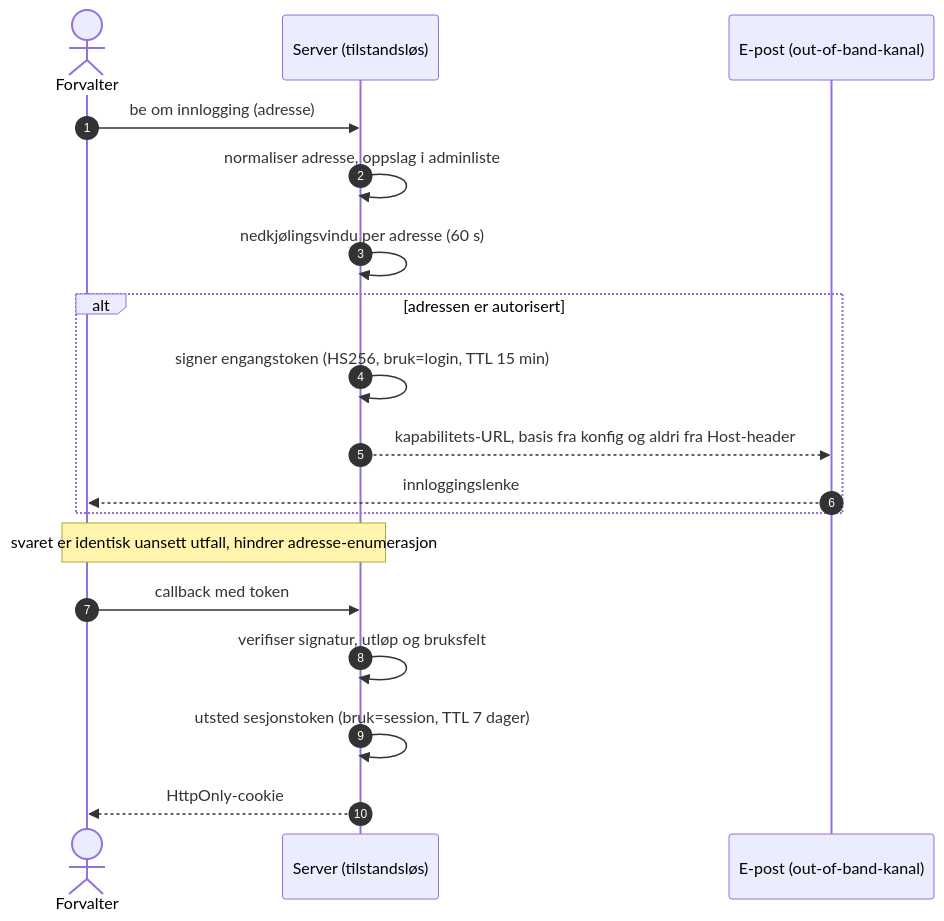
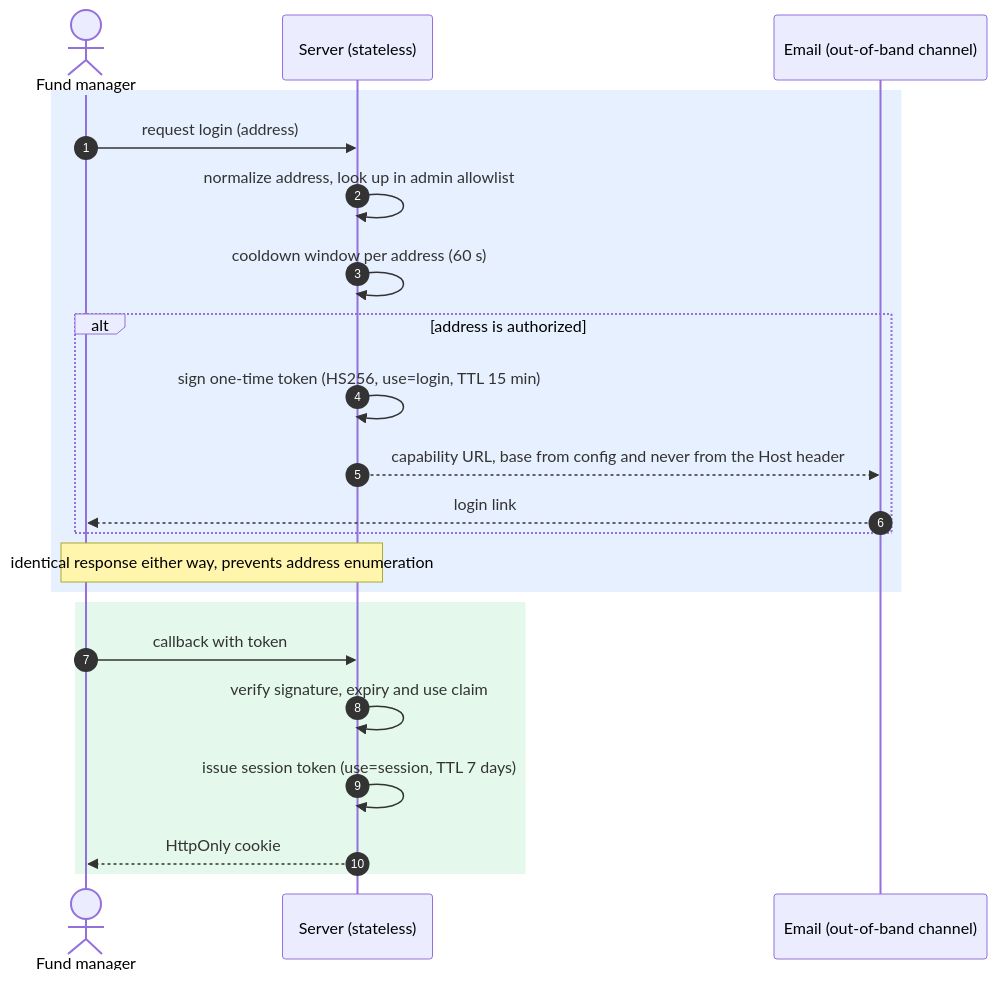
The first of 6 diagrams in README.md (TIHLDE/Fondet), drawn with Mermaid before and after one commit. The commit also changed other lines of this file, not shown here.

Commit message:
docs: translate README diagrams to English and add semantic colors

````diff
--- a/README.md
+++ b/README.md
@@ -40,20 +40,24 @@
 ```mermaid
 sequenceDiagram
     autonumber
-    actor F as Forvalter
-    participant S as Server (tilstandsløs)
-    participant E as E-post (out-of-band-kanal)
-    F->>S: be om innlogging (adresse)
-    S->>S: normaliser adresse, oppslag i adminliste
-    S->>S: nedkjølingsvindu per adresse (60 s)
-    alt adressen er autorisert
-        S->>S: signer engangstoken (HS256, bruk=login, TTL 15 min)
-        S-->>E: kapabilitets-URL, basis fra konfig og aldri fra Host-header
-        E-->>F: innloggingslenke
+    actor F as Fund manager
+    participant S as Server (stateless)
+    participant E as Email (out-of-band channel)
+    rect rgba(59,130,246,0.12)
+        F->>S: request login (address)
+        S->>S: normalize address, look up in admin allowlist
+        S->>S: cooldown window per address (60 s)
+        alt address is authorized
+            S->>S: sign one-time token (HS256, use=login, TTL 15 min)
+            S-->>E: capability URL, base from config and never from the Host header
+            E-->>F: login link
+        end
+        Note over F,S: identical response either way, prevents address enumeration
     end
-    Note over F,S: svaret er identisk uansett utfall, hindrer adresse-enumerasjon
-    F->>S: callback med token
-    S->>S: verifiser signatur, utløp og bruksfelt
-    S->>S: utsted sesjonstoken (bruk=session, TTL 7 dager)
-    S-->>F: HttpOnly-cookie
+    rect rgba(34,197,94,0.12)
+        F->>S: callback with token
+        S->>S: verify signature, expiry and use claim
+        S->>S: issue session token (use=session, TTL 7 days)
+        S-->>F: HttpOnly cookie
+    end
 ```
````
